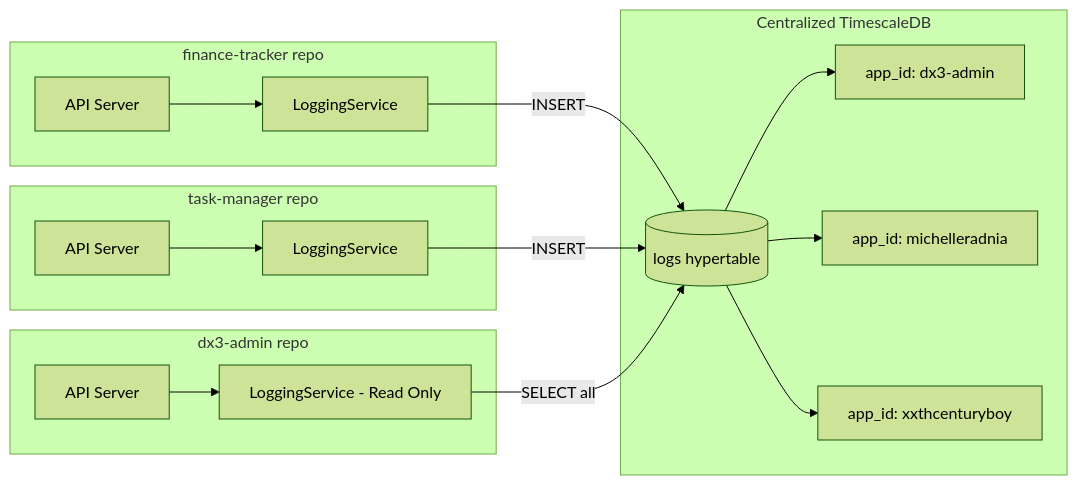
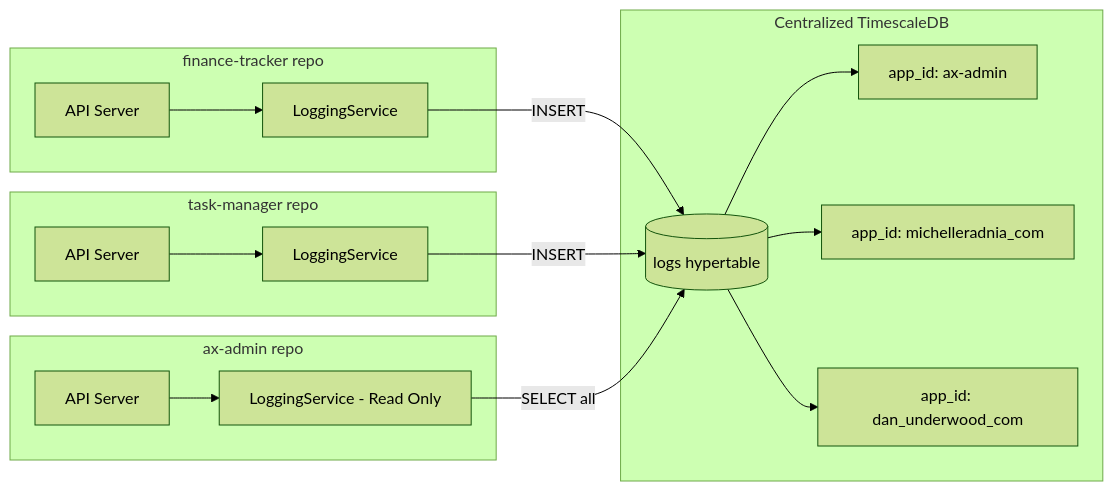
One commit to xxthcenturyboy/DX3-Monorepo changed the fifth of 8 diagrams in docs/MULTI-APP-ECOSYSTEM-ARCHITECTURE.md. Above: the diagram before and after it, drawn with Mermaid (forest theme). The commit also changed other lines of this file and 21 other files, not shown here.

````diff
--- a/docs/MULTI-APP-ECOSYSTEM-ARCHITECTURE.md
+++ b/docs/MULTI-APP-ECOSYSTEM-ARCHITECTURE.md
@@ -254,35 +254,35 @@
 ```mermaid
 flowchart LR
     subgraph FinanceTrackerRepo [finance-tracker repo]
         FT_API[API Server]
         FT_LogService[LoggingService]
         FT_API --> FT_LogService
     end
 
     subgraph TaskManagerRepo [task-manager repo]
         TM_API[API Server]
         TM_LogService[LoggingService]
         TM_API --> TM_LogService
     end
 
-    subgraph Dx3AdminRepo [dx3-admin repo]
+    subgraph Dx3AdminRepo [ax-admin repo]
         UD_API[API Server]
         UD_LogService[LoggingService - Read Only]
         UD_API --> UD_LogService
     end
 
     subgraph CentralizedLogging [Centralized TimescaleDB]
         LogsTable[(logs hypertable)]
-        Dx3AdminPartition[app_id: dx3-admin]
-        MichellePartition[app_id: michelleradnia]
-        XxthPartition[app_id: xxthcenturyboy]
+        Dx3AdminPartition[app_id: ax-admin]
+        MichellePartition[app_id: michelleradnia_com]
+        XxthPartition[app_id: dan_underwood_com]
 
         LogsTable --> Dx3AdminPartition
         LogsTable --> MichellePartition
         LogsTable --> XxthPartition
     end
 
     FT_LogService -->|INSERT| LogsTable
     TM_LogService -->|INSERT| LogsTable
     UD_LogService -->|SELECT all| LogsTable
 ```
````
